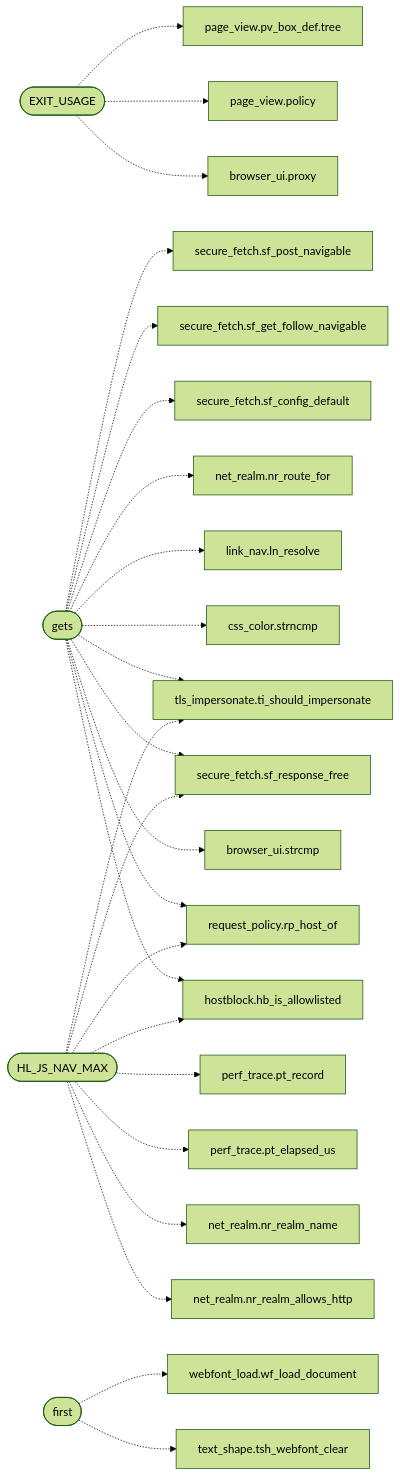
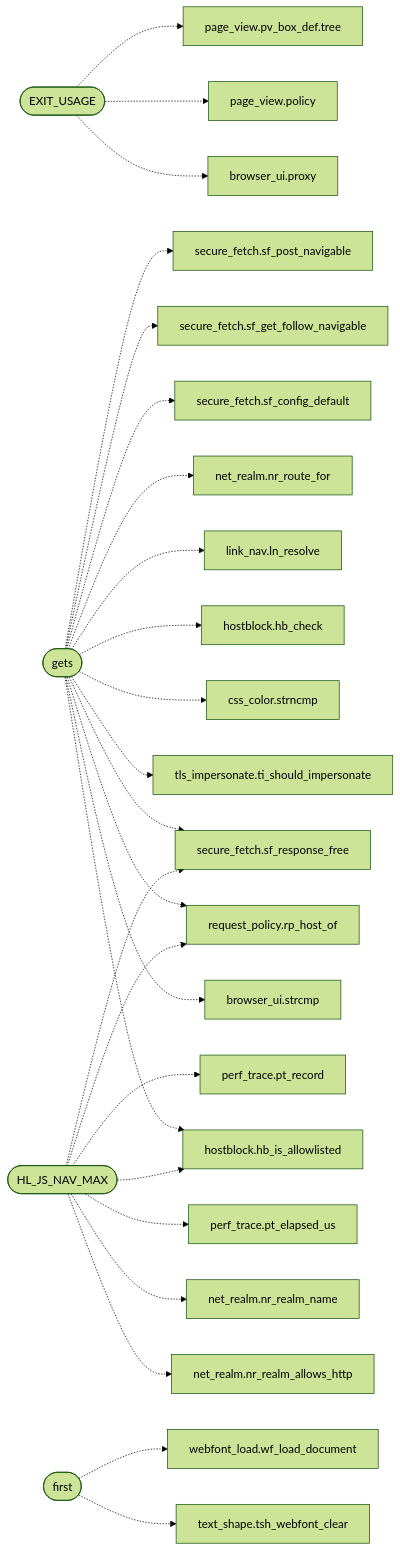
The diagram in readmenator-apidocs/modules/src.freedom.c.md (grisuno/FreeDom), drawn with Mermaid (forest theme) before and after one commit. The commit also changed other lines of this file and 156 other files, not shown here.

````diff
--- a/readmenator-apidocs/modules/src.freedom.c.md
+++ b/readmenator-apidocs/modules/src.freedom.c.md
@@ -15,51 +15,52 @@
 ```mermaid
 flowchart LR
     n_src_freedom_c__EXIT_USAGE(["EXIT_USAGE"])
     n_gui_browser_ui_c__proxy["browser_ui.proxy"]
     n_include_page_view_h__policy["page_view.policy"]
     n_include_page_view_h__pv_box_def_tree["page_view.pv_box_def.tree"]
     n_src_freedom_c__gets(["gets"])
     n_gui_browser_ui_c__strcmp["browser_ui.strcmp"]
     n_include_hostblock_h__hb_is_allowlisted["hostblock.hb_is_allowlisted"]
     n_include_request_policy_h__rp_host_of["request_policy.rp_host_of"]
     n_include_secure_fetch_h__sf_response_free["secure_fetch.sf_response_free"]
     n_include_tls_impersonate_h__ti_should_impersonate["tls_impersonate.ti_should_impersonate"]
     n_src_css_color_c__strncmp["css_color.strncmp"]
+    n_src_hostblock_c__hb_check["hostblock.hb_check"]
     n_src_link_nav_c__ln_resolve["link_nav.ln_resolve"]
     n_src_net_realm_c__nr_route_for["net_realm.nr_route_for"]
     n_src_secure_fetch_c__sf_config_default["secure_fetch.sf_config_default"]
     n_src_secure_fetch_c__sf_get_follow_navigable["secure_fetch.sf_get_follow_navigable"]
     n_src_secure_fetch_c__sf_post_navigable["secure_fetch.sf_post_navigable"]
     n_src_freedom_c__first(["first"])
     n_include_text_shape_h__tsh_webfont_clear["text_shape.tsh_webfont_clear"]
     n_src_webfont_load_c__wf_load_document["webfont_load.wf_load_document"]
     n_src_freedom_c__HL_JS_NAV_MAX(["HL_JS_NAV_MAX"])
     n_include_net_realm_h__nr_realm_allows_http["net_realm.nr_realm_allows_http"]
     n_include_net_realm_h__nr_realm_name["net_realm.nr_realm_name"]
     n_include_perf_trace_h__pt_elapsed_us["perf_trace.pt_elapsed_us"]
     n_include_perf_trace_h__pt_record["perf_trace.pt_record"]
     n_src_freedom_c__EXIT_USAGE -.-> n_gui_browser_ui_c__proxy
     n_src_freedom_c__EXIT_USAGE -.-> n_include_page_view_h__policy
     n_src_freedom_c__EXIT_USAGE -.-> n_include_page_view_h__pv_box_def_tree
     n_src_freedom_c__gets -.-> n_gui_browser_ui_c__strcmp
     n_src_freedom_c__gets -.-> n_include_hostblock_h__hb_is_allowlisted
     n_src_freedom_c__gets -.-> n_include_request_policy_h__rp_host_of
     n_src_freedom_c__gets -.-> n_include_secure_fetch_h__sf_response_free
     n_src_freedom_c__gets -.-> n_include_tls_impersonate_h__ti_should_impersonate
     n_src_freedom_c__gets -.-> n_src_css_color_c__strncmp
+    n_src_freedom_c__gets -.-> n_src_hostblock_c__hb_check
     n_src_freedom_c__gets -.-> n_src_link_nav_c__ln_resolve
     n_src_freedom_c__gets -.-> n_src_net_realm_c__nr_route_for
     n_src_freedom_c__gets -.-> n_src_secure_fetch_c__sf_config_default
     n_src_freedom_c__gets -.-> n_src_secure_fetch_c__sf_get_follow_navigable
     n_src_freedom_c__gets -.-> n_src_secure_fetch_c__sf_post_navigable
     n_src_freedom_c__first -.-> n_include_text_shape_h__tsh_webfont_clear
     n_src_freedom_c__first -.-> n_src_webfont_load_c__wf_load_document
     n_src_freedom_c__HL_JS_NAV_MAX -.-> n_include_hostblock_h__hb_is_allowlisted
     n_src_freedom_c__HL_JS_NAV_MAX -.-> n_include_net_realm_h__nr_realm_allows_http
     n_src_freedom_c__HL_JS_NAV_MAX -.-> n_include_net_realm_h__nr_realm_name
     n_src_freedom_c__HL_JS_NAV_MAX -.-> n_include_perf_trace_h__pt_elapsed_us
     n_src_freedom_c__HL_JS_NAV_MAX -.-> n_include_perf_trace_h__pt_record
     n_src_freedom_c__HL_JS_NAV_MAX -.-> n_include_request_policy_h__rp_host_of
     n_src_freedom_c__HL_JS_NAV_MAX -.-> n_include_secure_fetch_h__sf_response_free
-    n_src_freedom_c__HL_JS_NAV_MAX -.-> n_include_tls_impersonate_h__ti_should_impersonate
 ```
````
